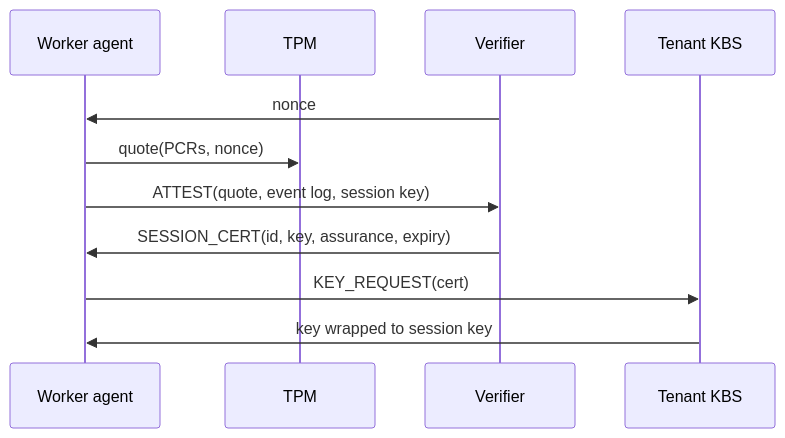
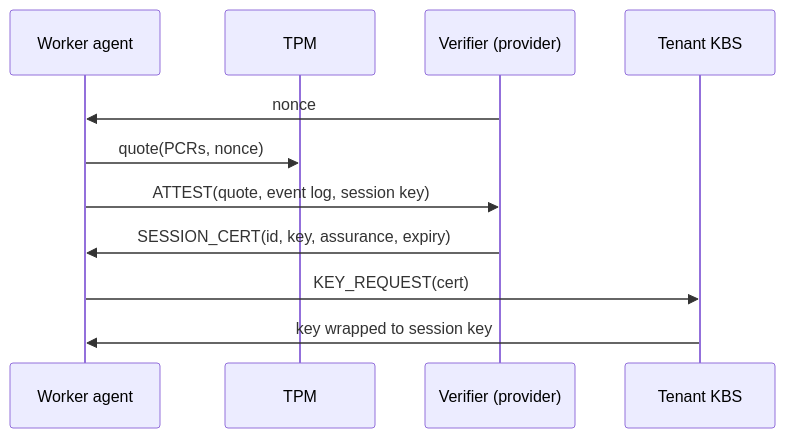
The first of 5 diagrams in docs/explainer/voss-explained.md (aalhadsawane/VOSS), drawn with Mermaid before and after one commit. The commit also changed other lines of this file and 22 other files, not shown here.

````diff
--- a/docs/explainer/voss-explained.md
+++ b/docs/explainer/voss-explained.md
@@ -239,13 +308,13 @@
 ```mermaid
 sequenceDiagram
   participant W as Worker agent
   participant T as TPM
-  participant V as Verifier
+  participant V as Verifier (provider)
   participant K as Tenant KBS
   V->>W: nonce
   W->>T: quote(PCRs, nonce)
   W->>V: ATTEST(quote, event log, session key)
   V->>W: SESSION_CERT(id, key, assurance, expiry)
   W->>K: KEY_REQUEST(cert)
   K->>W: key wrapped to session key
 ```
````
